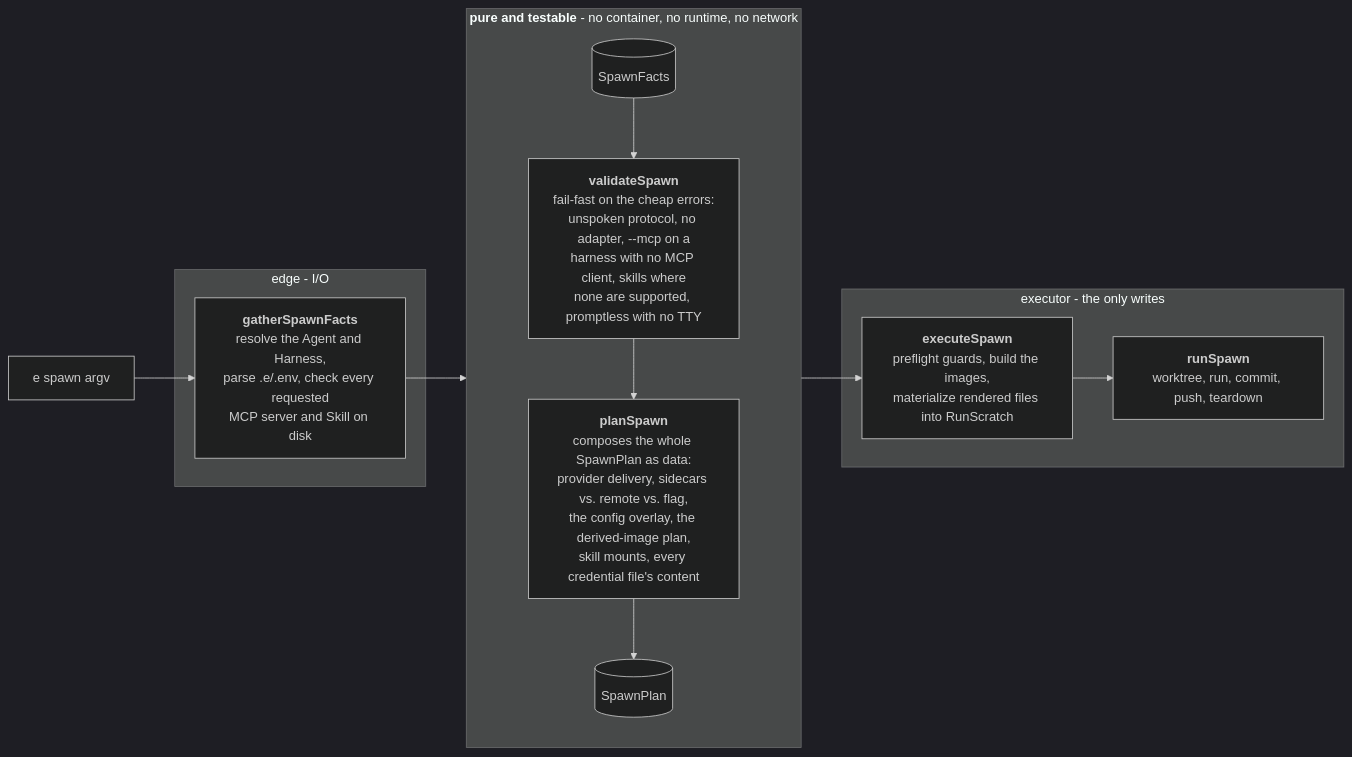
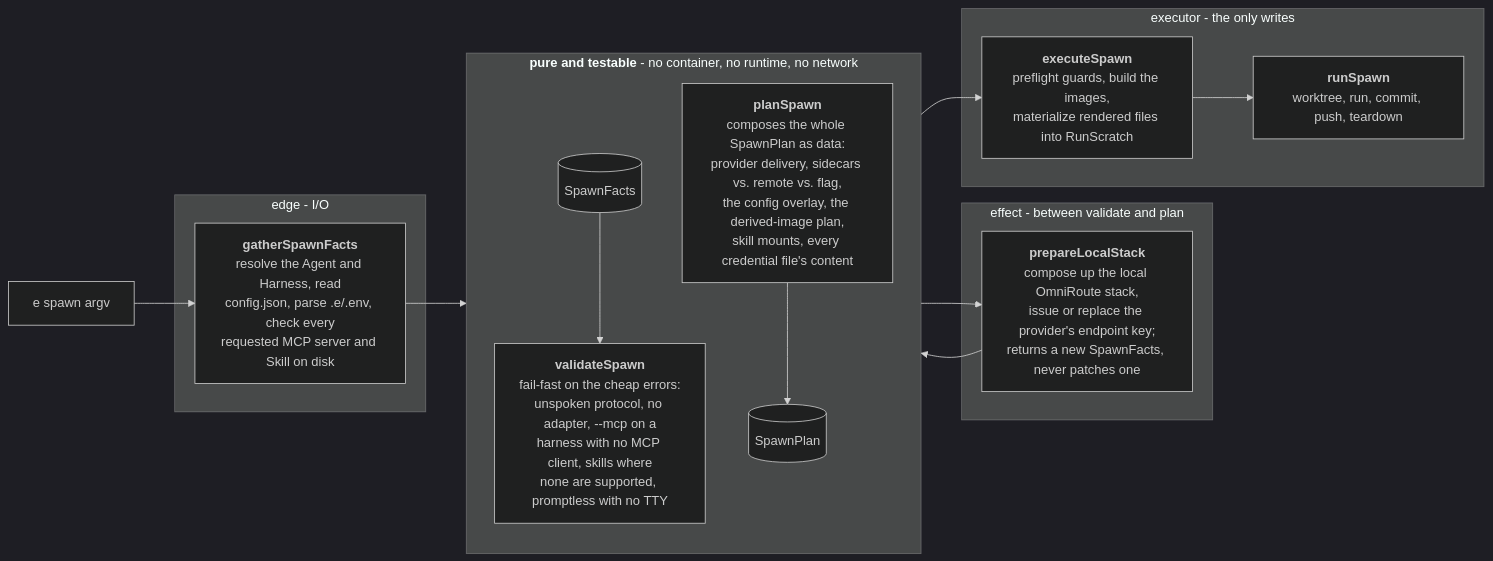
One commit to BelphegorPrime/e changed the diagram in docs/adr/0008-spawn-is-a-pure-plan.md. Above: the diagram before and after it, drawn with Mermaid (dark theme). The commit also changed other lines of this file and 21 other files, not shown here.

````diff
--- a/docs/adr/0008-spawn-is-a-pure-plan.md
+++ b/docs/adr/0008-spawn-is-a-pure-plan.md
@@ -40,23 +44,27 @@
 ```mermaid
 flowchart LR
     cmd["e spawn argv"] --> gather
 
     subgraph impure1["edge - I/O"]
-        gather["<b>gatherSpawnFacts</b><br/>resolve the Agent and Harness,<br/>parse .e/.env, check every requested<br/>MCP server and Skill on disk"]
+        gather["<b>gatherSpawnFacts</b><br/>resolve the Agent and Harness, read<br/>config.json, parse .e/.env, check every<br/>requested MCP server and Skill on disk"]
     end
 
     subgraph pure["<b>pure and testable</b> - no container, no runtime, no network"]
         direction TB
         facts[("SpawnFacts")]
         validate["<b>validateSpawn</b><br/>fail-fast on the cheap errors:<br/>unspoken protocol, no adapter, --mcp on a<br/>harness with no MCP client, skills where<br/>none are supported, promptless with no TTY"]
         plan["<b>planSpawn</b><br/>composes the whole SpawnPlan as data:<br/>provider delivery, sidecars vs. remote vs. flag,<br/>the config overlay, the derived-image plan,<br/>skill mounts, every credential file's content"]
         planv[("SpawnPlan")]
     end
 
+    subgraph impure3["effect - between validate and plan"]
+        prepare["<b>prepareLocalStack</b><br/>compose up the local OmniRoute stack,<br/>issue or replace the provider's endpoint key;<br/>returns a new SpawnFacts, never patches one"]
+    end
+
     subgraph impure2["executor - the only writes"]
         exec["<b>executeSpawn</b><br/>preflight guards, build the images,<br/>materialize rendered files into RunScratch"]
         runspawn["<b>runSpawn</b><br/>worktree, run, commit, push, teardown"]
     end
 
-    gather --> facts --> validate --> plan --> planv --> exec --> runspawn
+    gather --> facts --> validate --> prepare --> plan --> planv --> exec --> runspawn
 ```
````
